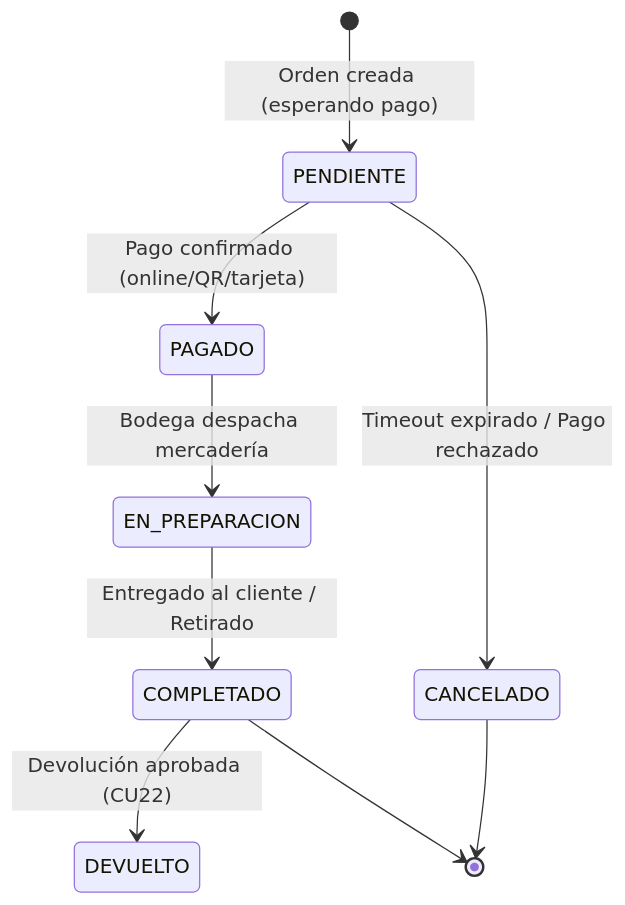
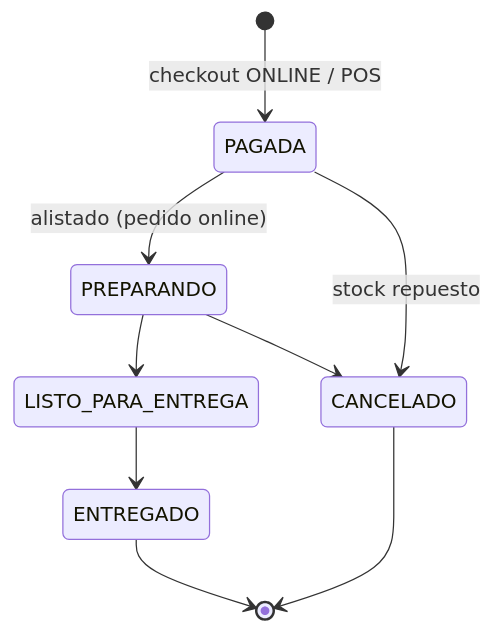
One commit to jc-larry/ecommerce-fashionstore changed diagram 13 of 14 in Ciclo2.md. Above: the diagram before and after it, drawn with Mermaid. The commit also changed other lines of this file and 267 other files, not shown here.

````diff
--- a/Ciclo2.md
+++ b/Ciclo2.md
@@ -849,11 +602,11 @@
 ```mermaid
 stateDiagram-v2
-    [*] --> PENDIENTE: Orden creada (esperando pago)
-    PENDIENTE --> PAGADO: Pago confirmado (online/QR/tarjeta)
-    PENDIENTE --> CANCELADO: Timeout expirado / Pago rechazado
-    PAGADO --> EN_PREPARACION: Bodega despacha mercadería
-    EN_PREPARACION --> COMPLETADO: Entregado al cliente / Retirado
-    COMPLETADO --> DEVUELTO: Devolución aprobada (CU22)
+    [*] --> PAGADA: checkout ONLINE / POS
+    PAGADA --> PREPARANDO: alistado (pedido online)
+    PAGADA --> CANCELADO: stock repuesto
+    PREPARANDO --> LISTO_PARA_ENTREGA
+    PREPARANDO --> CANCELADO
+    LISTO_PARA_ENTREGA --> ENTREGADO
+    ENTREGADO --> [*]
     CANCELADO --> [*]
-    COMPLETADO --> [*]
 ```
````
